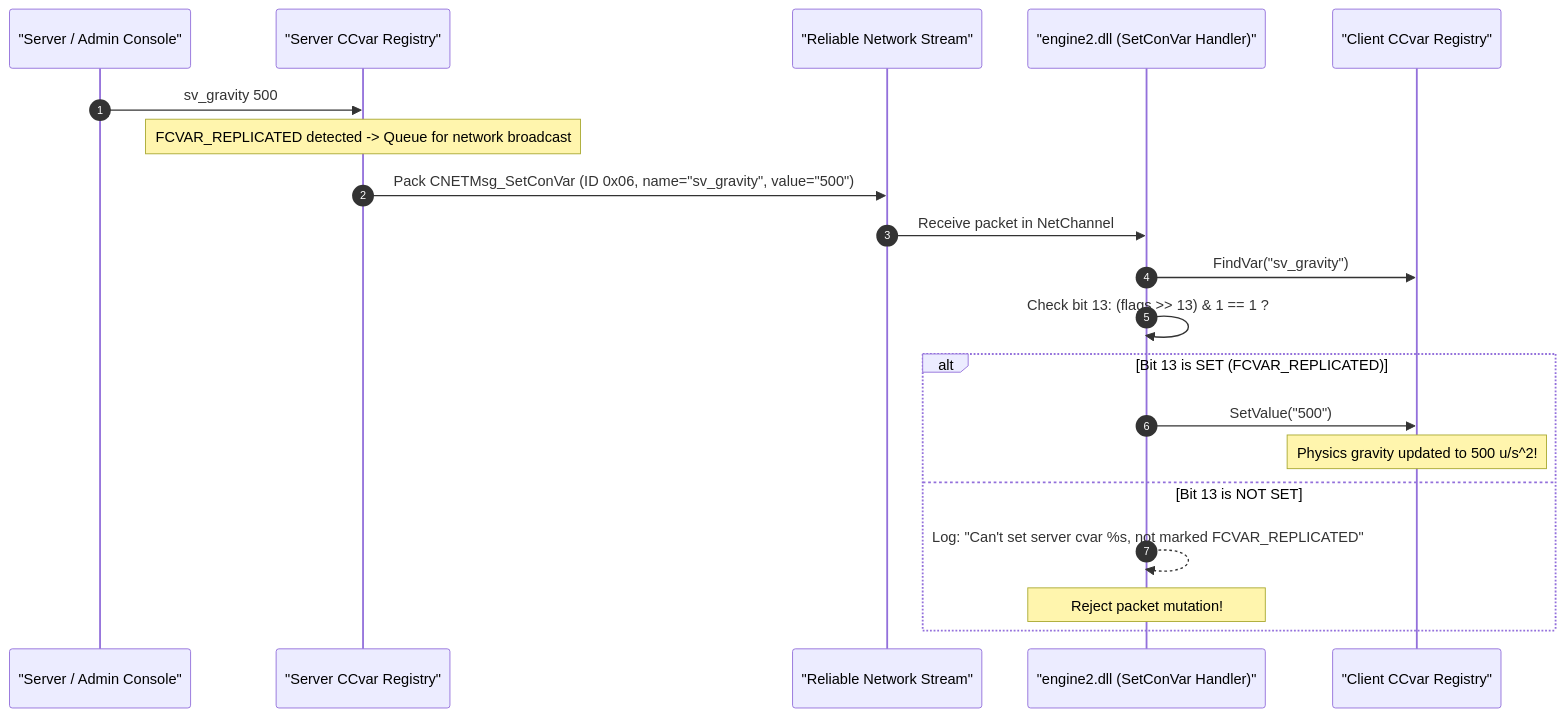
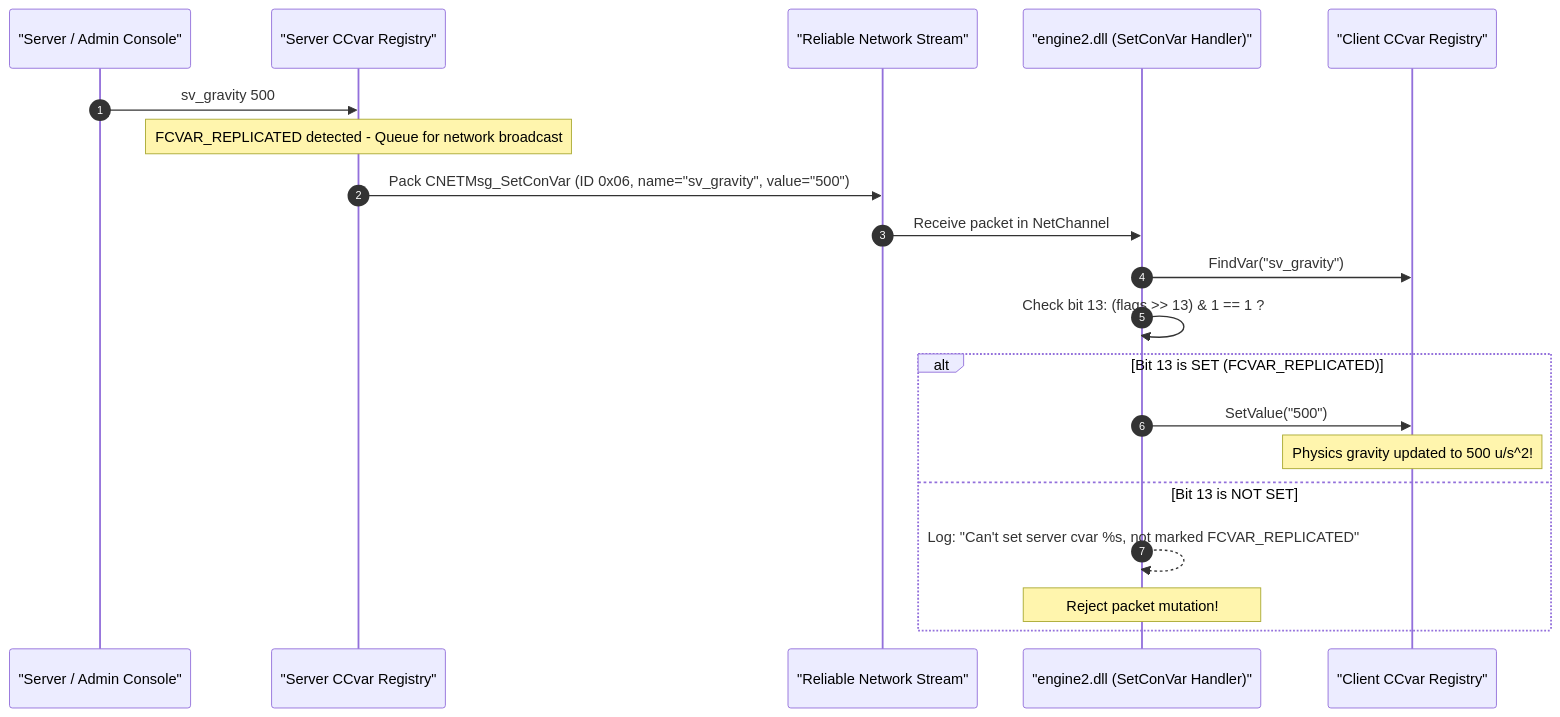
One commit to Hanzkii/cs2-reverse changed the second of 2 diagrams in docs/06_convar_storage_and_replication.md. Above: the diagram before and after it, drawn with Mermaid. The commit also changed 6 other files, not shown here.

Commit message:
fix(mermaid): remove arrow tokens (->) and ampersands from sequence diagram labels and bump cache buster to v=20261119_10

````diff
--- a/docs/06_convar_storage_and_replication.md
+++ b/docs/06_convar_storage_and_replication.md
@@ -99,23 +99,23 @@
 ```mermaid
 sequenceDiagram
     autonumber
     participant ServerAdmin as "Server / Admin Console"
     participant ServerCVar as "Server CCvar Registry"
     participant Wire as "Reliable Network Stream"
     participant ClientNet as "engine2.dll (SetConVar Handler)"
     participant ClientCVar as "Client CCvar Registry"
 
     ServerAdmin->>ServerCVar: sv_gravity 500
-    Note over ServerCVar: FCVAR_REPLICATED detected -> Queue for network broadcast
+    Note over ServerCVar: FCVAR_REPLICATED detected - Queue for network broadcast
     ServerCVar->>Wire: Pack CNETMsg_SetConVar (ID 0x06, name="sv_gravity", value="500")
     Wire->>ClientNet: Receive packet in NetChannel
     ClientNet->>ClientCVar: FindVar("sv_gravity")
     ClientNet->>ClientNet: Check bit 13: (flags >> 13) & 1 == 1 ?
     alt Bit 13 is SET (FCVAR_REPLICATED)
         ClientNet->>ClientCVar: SetValue("500")
         Note over ClientCVar: Physics gravity updated to 500 u/s^2!
     else Bit 13 is NOT SET
         ClientNet-->>ClientNet: Log: "Can't set server cvar %s, not marked FCVAR_REPLICATED"
         Note over ClientNet: Reject packet mutation!
     end
 ```
````
